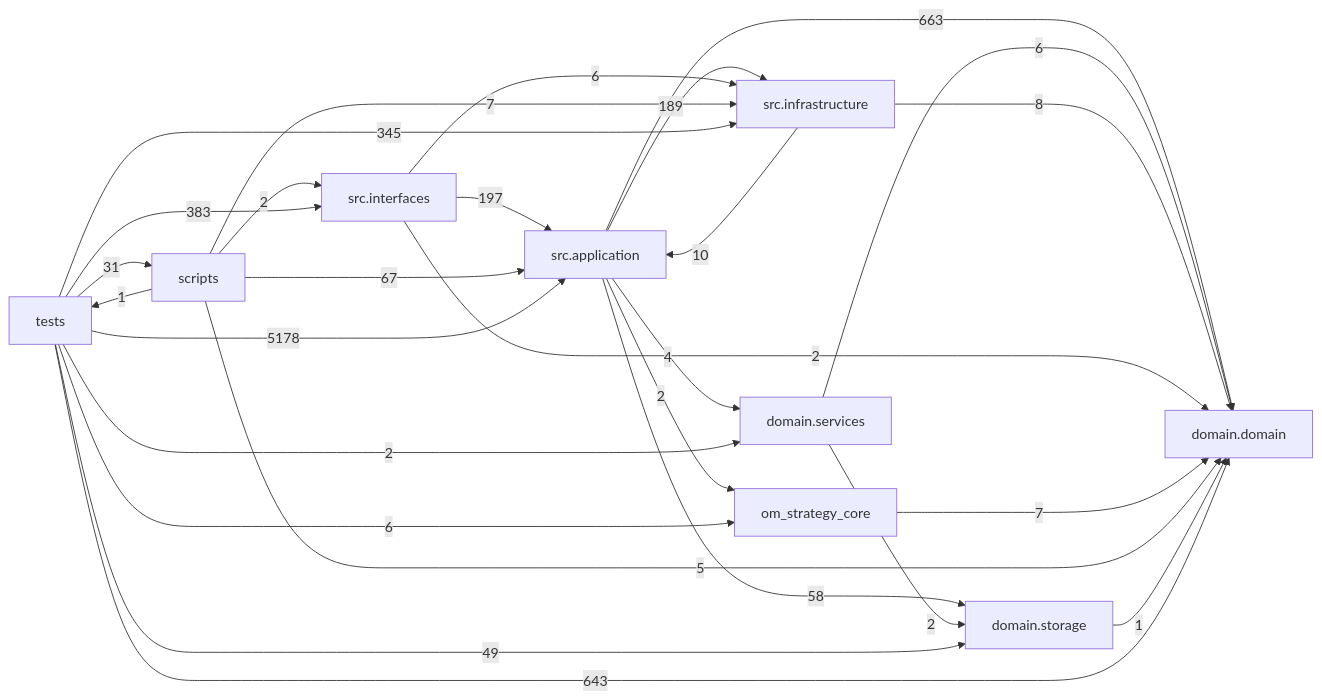
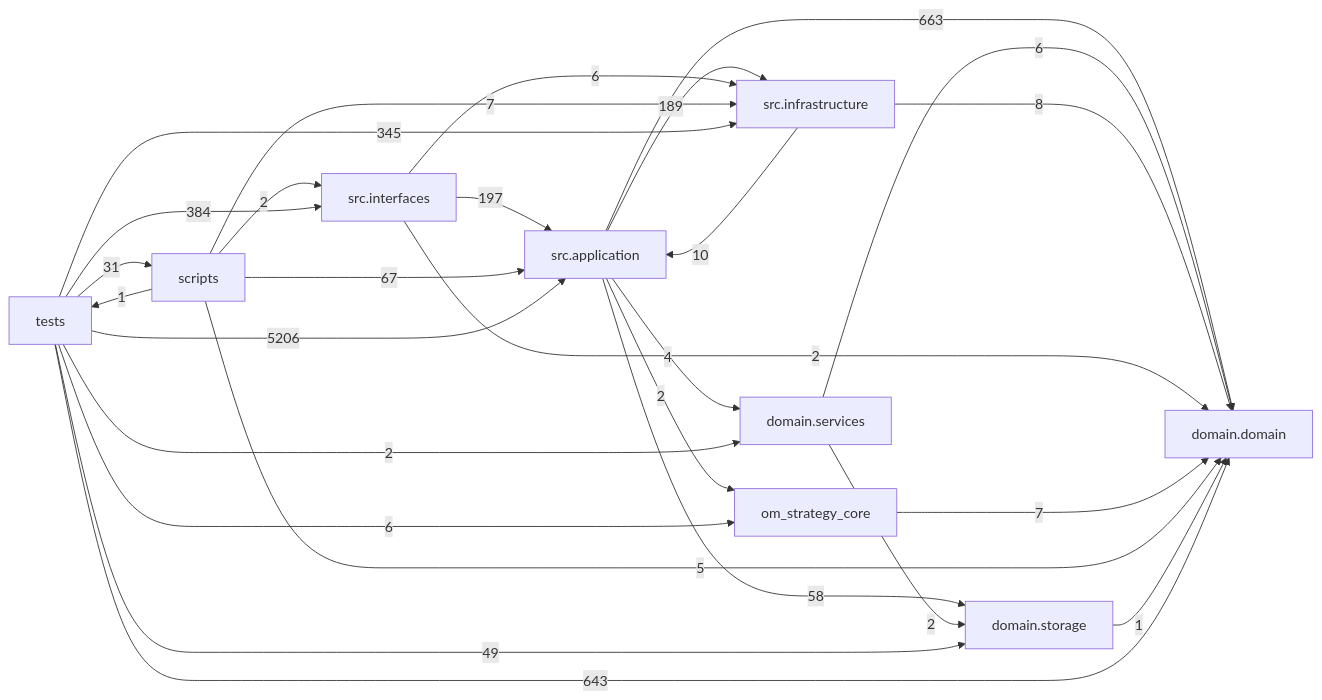
One commit to liuxie066/options-monitor changed the diagram in docs/DEPENDENCY_GRAPH.md. Above: the diagram before and after it, drawn with Mermaid. The commit also changed other lines of this file and 9 other files, not shown here.

````diff
--- a/docs/DEPENDENCY_GRAPH.md
+++ b/docs/DEPENDENCY_GRAPH.md
@@ -24,38 +24,38 @@
 ```mermaid
 flowchart LR
   tests["tests"]
   scripts["scripts"]
   interfaces["src.interfaces"]
   application["src.application"]
   infrastructure["src.infrastructure"]
   domain_services["domain.services"]
   domain["domain.domain"]
   storage["domain.storage"]
   application -->|663| domain
   application -->|4| domain_services
   application -->|189| infrastructure
   application -->|2| om_strategy_core
   application -->|58| storage
   domain_services -->|6| domain
   domain_services -->|2| storage
   infrastructure -->|10| application
   infrastructure -->|8| domain
   interfaces -->|197| application
   interfaces -->|2| domain
   interfaces -->|6| infrastructure
   om_strategy_core -->|7| domain
   scripts -->|67| application
   scripts -->|5| domain
   scripts -->|7| infrastructure
   scripts -->|2| interfaces
   scripts -->|1| tests
   storage -->|1| domain
-  tests -->|5178| application
+  tests -->|5206| application
   tests -->|643| domain
   tests -->|2| domain_services
   tests -->|345| infrastructure
-  tests -->|383| interfaces
+  tests -->|384| interfaces
   tests -->|6| om_strategy_core
   tests -->|31| scripts
   tests -->|49| storage
 ```
````
